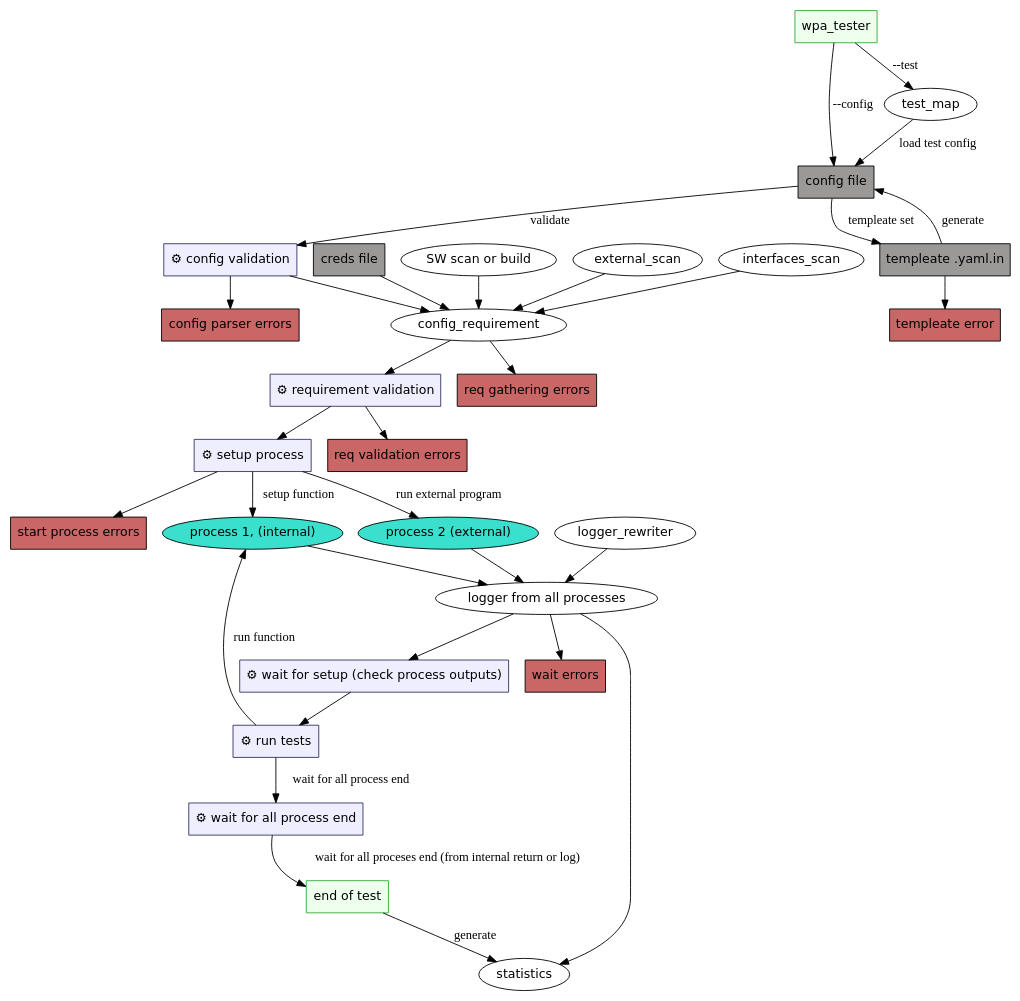
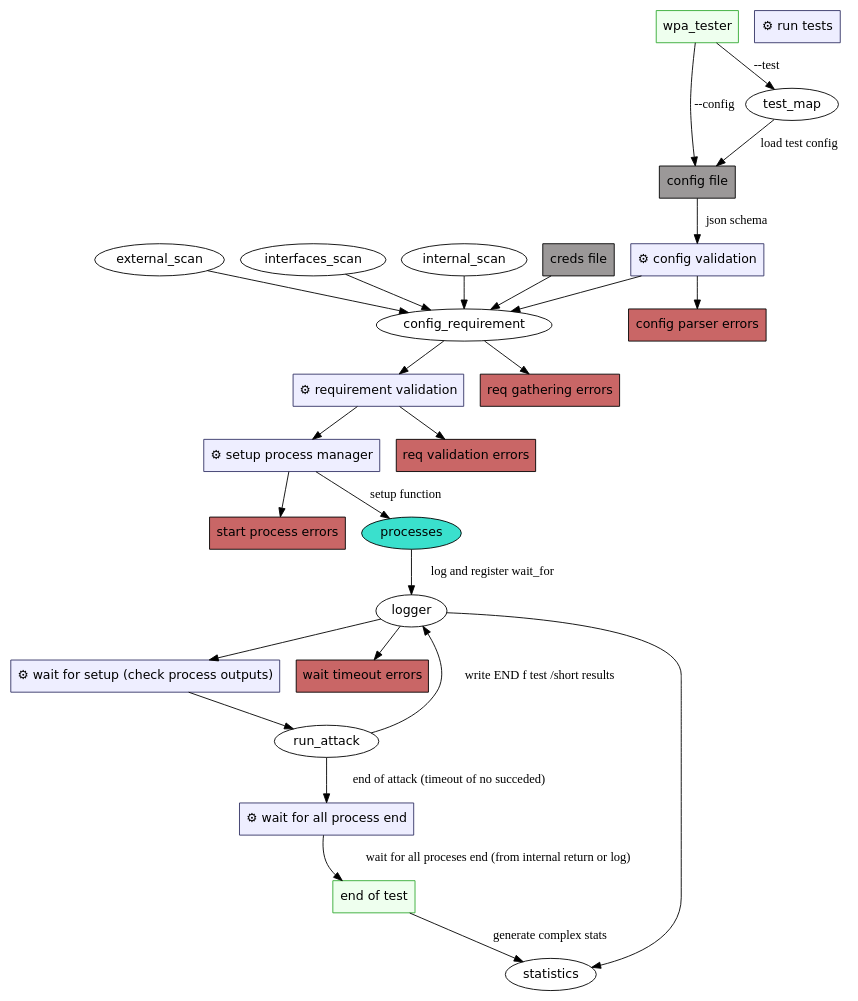
The diagram in doc/config/one_test.dot (Omelug/wpa3_tester), drawn with Graphviz before and after one commit. The commit also changed 2 other files, not shown here.

```diff
--- a/doc/config/one_test.dot
+++ b/doc/config/one_test.dot
@@ -1,124 +1,112 @@
 digraph {
     //rankdir=LR;
     node [fontname="DejaVu Sans"];
 
     { // processes
         node [
             shape=rectangle,
             style=filled,
             fillcolor="#EEEEFF",
             color="#333366",
             label="⚙ settings",
         ];
         config_validation[label="⚙ config validation"];
         req_validation[label="⚙ requirement validation"];
-        start_processes[label="⚙ setup process"];
+        start_processes[label="⚙ setup process manager"];
         wait_for_setup[label="⚙ wait for setup (check process outputs)"];
         run_tests[label="⚙ run tests"];
         wait_for_all_process_end[label="⚙ wait for all process end"];
     }
     { // errors
         node [
             shape=rectangle,
             style=filled,
             fillcolor="#c96666",
             label="error",
         ];
-        var_not_found_error[label="templeate error"];
         parser_error[label="config parser errors"];
         req_gather_error[label="req gathering errors"];
         req_val_error[label="req validation errors"];
         start_process_error[label="start process errors"];
-        wait_process_error[label="wait errors"];
+        wait_process_error[label="wait timeout errors"];
     }
     { // files
         node [
             shape=rectangle,
             style=filled,
             fillcolor="#9b9898",
             label="file",
         ];
         creds[label="creds file"];
         configfile[label="config file"];
-        templeates[label="templeate .yaml.in"];
 
     }
 
     // start
     wpa_tester[
         shape=rectangle,
         color="#33aa33",
         style=filled,
         fillcolor="#eeffee",
         label="wpa_tester"
     ];
 
     wpa_tester -> configfile [label="--config"];
     wpa_tester -> test_map[label="--test"];
     test_map -> configfile [label="load test config"];
 
-    configfile -> templeates [label="templeate set"];
-    templeates -> var_not_found_error;
-    templeates -> configfile [label="generate"];
-
-    configfile -> config_validation [label="validate"];
+    configfile -> config_validation [label="json schema"];
     config_validation -> parser_error;
 
 
     config_validation ->config_requirement;
     creds ->config_requirement;
 
-    SW_scan_or_build[label="SW scan or build"];
     external_scan ->config_requirement;
     interfaces_scan ->config_requirement;
-    SW_scan_or_build ->config_requirement;
+    internal_scan ->config_requirement;
     config_requirement -> req_gather_error;
 
     config_requirement -> req_validation;
     req_validation -> req_val_error;
 
     req_validation->start_processes;
     start_processes -> start_process_error;
 
      { // example processes
         node [
             style=filled,
             fillcolor="#3ae0cd",
             label="file",
         ];
-        example_process_1[label="process 1, (internal)"];
-        example_process_2[label="process 2 (external)"];
+        example_process_1[label="processes"];
     }
     start_processes -> example_process_1[label="setup function"];
-    start_processes -> example_process_2 [label="run external program"];
-
-    example_process_1 -> log;
+    example_process_1 -> log[label="log and register wait_for "];
 
     { //log
         node [
             style=filled,
             fillcolor="#6ea4d3",
             label="log",
         ];
-        log[label="logger from all processes"];
+        log[label="logger"];
     }
-    logger_rewriter->log;
-    example_process_2 -> log;
     log -> wait_process_error;
     log -> wait_for_setup;
 
 
-    wait_for_setup -> run_tests;
-    run_tests -> example_process_1 [label ="run function"];
-    run_tests ->wait_for_all_process_end[label="wait for all process end"];
+    wait_for_setup -> run_attack;
+    run_attack ->wait_for_all_process_end[label="end of attack (timeout of no succeded)"];
+    run_attack -> log [label="write END f test /short results"];
     wait_for_all_process_end -> end_of_test[label="wait for all proceses end (from internal return or log)"];
     end_of_test[
         shape=rectangle,
         color="#33aa33",
         style=filled,
         fillcolor="#eeffee",
         label="end of test"
     ];
-    end_of_test -> statistics[label="generate"];
+    end_of_test -> statistics[label="generate complex stats "];
     log -> statistics;
 }
```
